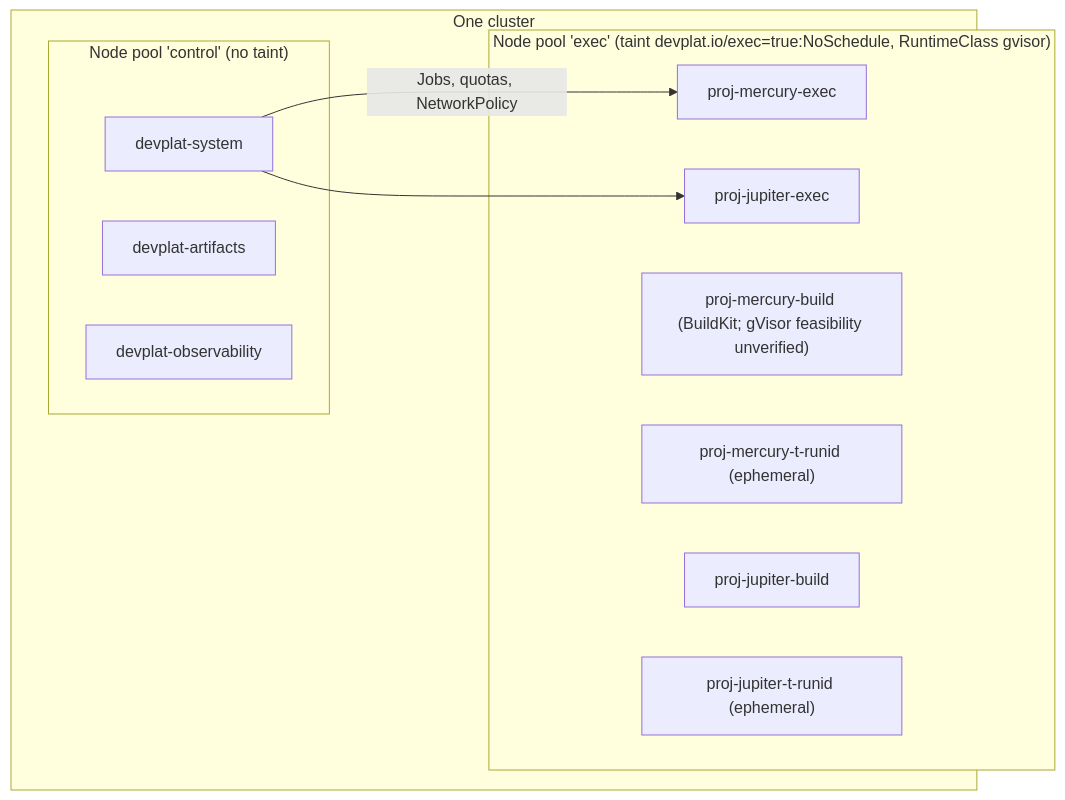
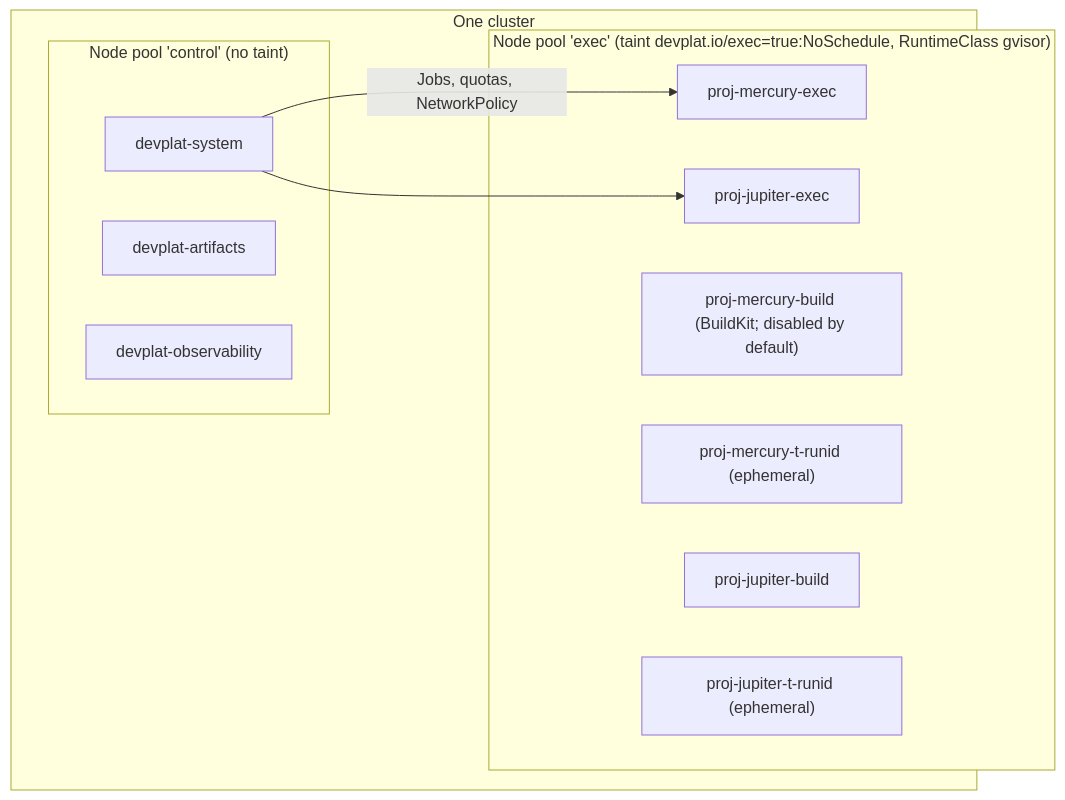
The second of 3 diagrams in docs/mercury/development-orchestration/15-platform-architecture.md (usjbro/Project-Mercury), drawn with Mermaid before and after one commit. The commit also changed other lines of this file and 40 other files, not shown here.

````diff
--- a/docs/mercury/development-orchestration/15-platform-architecture.md
+++ b/docs/mercury/development-orchestration/15-platform-architecture.md
@@ -128,20 +147,20 @@
 ```mermaid
 flowchart TB
     subgraph CL["One cluster"]
         subgraph CP["Node pool 'control' (no taint)"]
             NS1["devplat-system"]
             NS2["devplat-artifacts"]
             NS3["devplat-observability"]
         end
         subgraph EP["Node pool 'exec' (taint devplat.io/exec=true:NoSchedule, RuntimeClass gvisor)"]
             M1["proj-mercury-exec"]
-            M2["proj-mercury-build (BuildKit; gVisor feasibility unverified)"]
+            M2["proj-mercury-build (BuildKit; disabled by default)"]
             M3["proj-mercury-t-runid (ephemeral)"]
             J1["proj-jupiter-exec"]
             J2["proj-jupiter-build"]
             J3["proj-jupiter-t-runid (ephemeral)"]
         end
     end
     NS1 -->|"Jobs, quotas, NetworkPolicy"| M1
     NS1 --> J1
 ```
````
